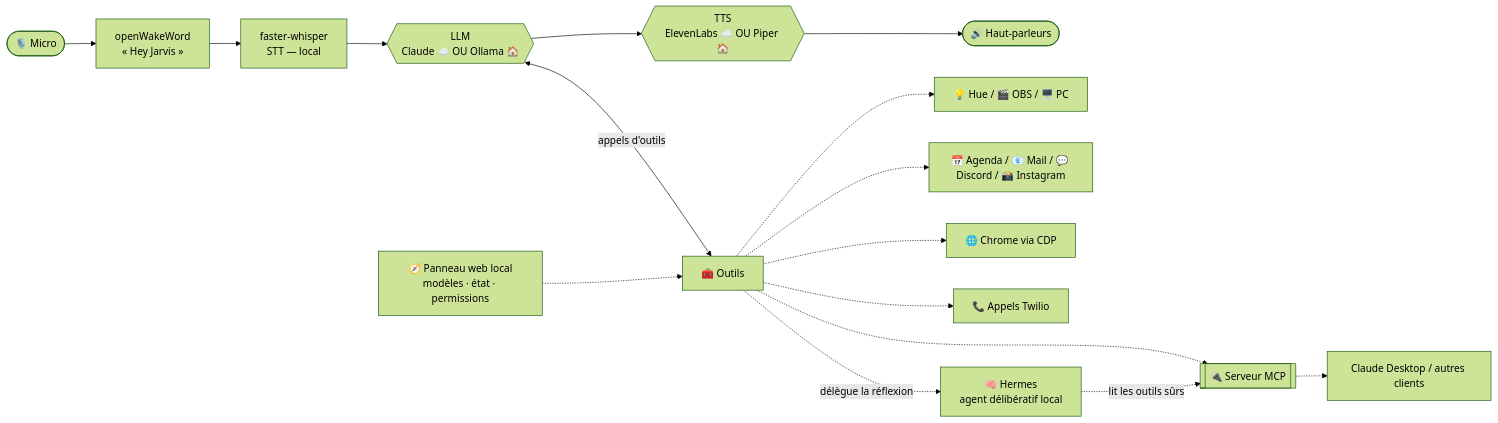
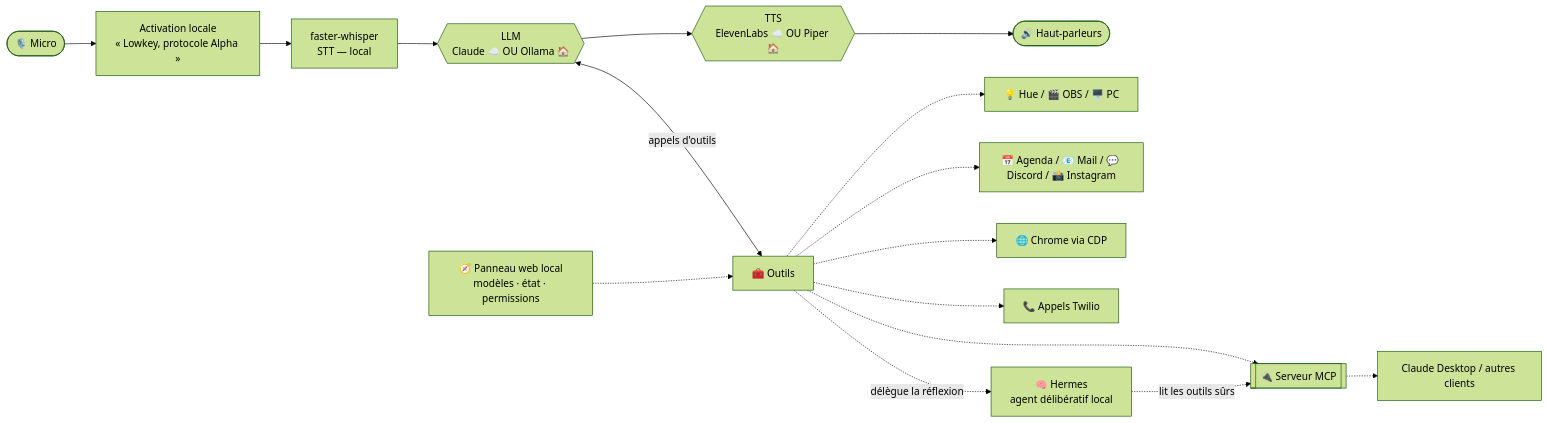
One commit to Wissko/jarvis-assistant-vocal changed the diagram in README.md. Above: the diagram before and after it, drawn with Mermaid (forest theme). The commit also changed other lines of this file and 10 other files, not shown here.

````diff
--- a/README.md
+++ b/README.md
@@ -66,19 +67,19 @@
 ```mermaid
 flowchart LR
-    Mic([🎙️ Micro]) --> WW[openWakeWord<br/>« Hey Jarvis »]
+    Mic([🎙️ Micro]) --> WW[Activation locale<br/>« Lowkey, protocole Alpha »]
     WW --> STT[faster-whisper<br/>STT — local]
     STT --> LLM{{LLM<br/>Claude ☁️ OU Ollama 🏠}}
     LLM <-->|appels d'outils| TOOLS[🧰 Outils]
     LLM --> TTS{{TTS<br/>ElevenLabs ☁️ OU Piper 🏠}}
     TTS --> SPK([🔊 Haut-parleurs])
 
     TOOLS -.-> HOME[💡 Hue / 🎬 OBS / 🖥️ PC]
     TOOLS -.-> NET[📅 Agenda / 📧 Mail / 💬 Discord / 📸 Instagram]
     TOOLS -.-> CDP[🌐 Chrome via CDP]
     TOOLS -.-> TW[📞 Appels Twilio]
     TOOLS -.->|délègue la réflexion| HERMES[🧠 Hermes<br/>agent délibératif local]
     TOOLS -.-> MCP[[🔌 Serveur MCP]]
     HERMES -.->|lit les outils sûrs| MCP
     MCP -.-> EXT[Claude Desktop / autres clients]
     PANEL[🧭 Panneau web local<br/>modèles · état · permissions] -.-> TOOLS
 ```
````
